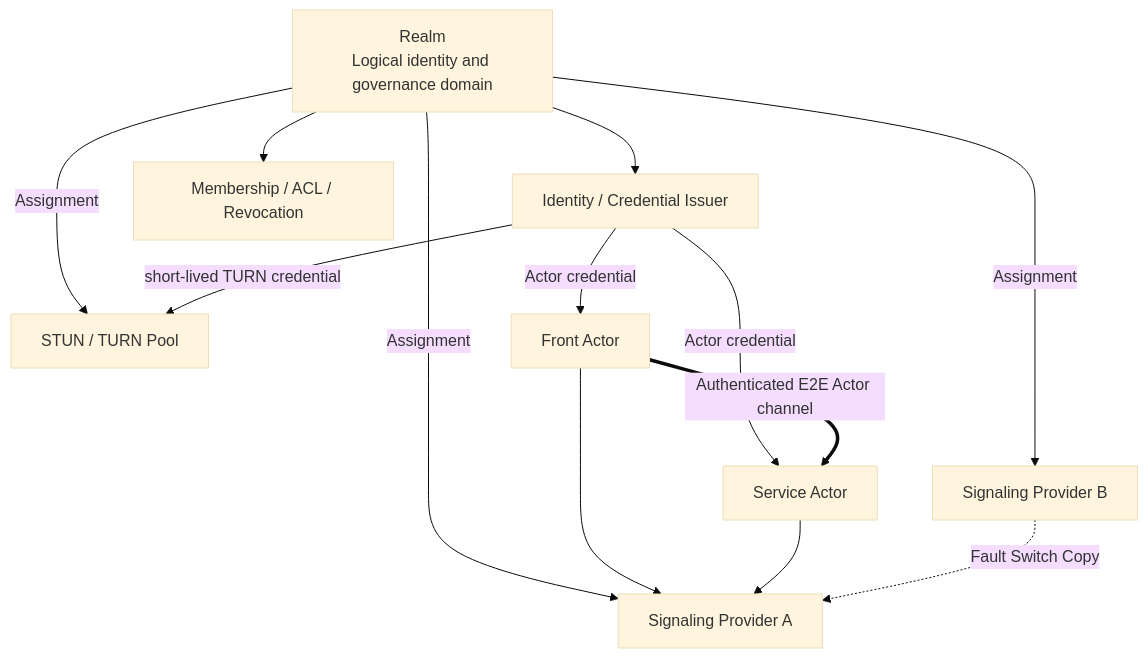
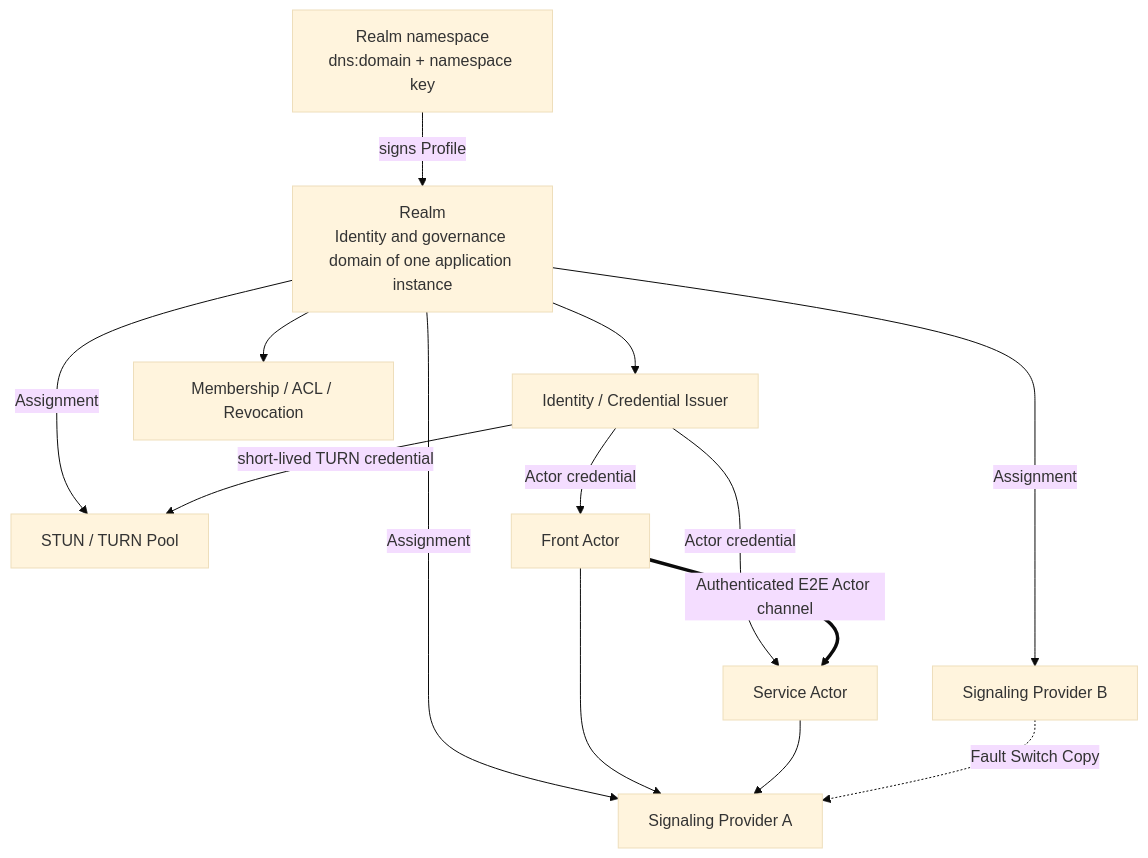
One commit to Actrium/actrium changed the diagram in docs/product/actrium-v1/07-realm-network-and-identity.md. Above: the diagram before and after it, drawn with Mermaid (base theme). The commit also changed other lines of this file and 53 other files, not shown here.

First line of the commit message:
docs: redefine Realm as a per-instance trust domain under a DNS namespace

````diff
--- a/docs/product/actrium-v1/07-realm-network-and-identity.md
+++ b/docs/product/actrium-v1/07-realm-network-and-identity.md
@@ -5,24 +5,26 @@
 ```mermaid
 flowchart TB
-    R["Realm<br/>Logical identity and governance domain"]
+    NS["Realm namespace<br/>dns:domain + namespace key"]
+    R["Realm<br/>Identity and governance domain of one application instance"]
     AIS["Identity / Credential Issuer"]
     SG1["Signaling Provider A"]
     SG2["Signaling Provider B"]
     ICE["STUN / TURN Pool"]
     ACL["Membership / ACL / Revocation"]
     F["Front Actor"]
     S["Service Actor"]
 
+    NS -->|signs Profile| R
     R --> AIS
     R --> ACL
     R -->|Assignment| SG1
     R -->|Assignment| SG2
     R -->|Assignment| ICE
     AIS -->|Actor credential| F
     AIS -->|Actor credential| S
     AIS -->|short-lived TURN credential| ICE
     F --> SG1
     S --> SG1
     SG2 -.Fault Switch Copy.-> SG1
     F == "Authenticated E2E Actor channel" ==> S
 ```
````
